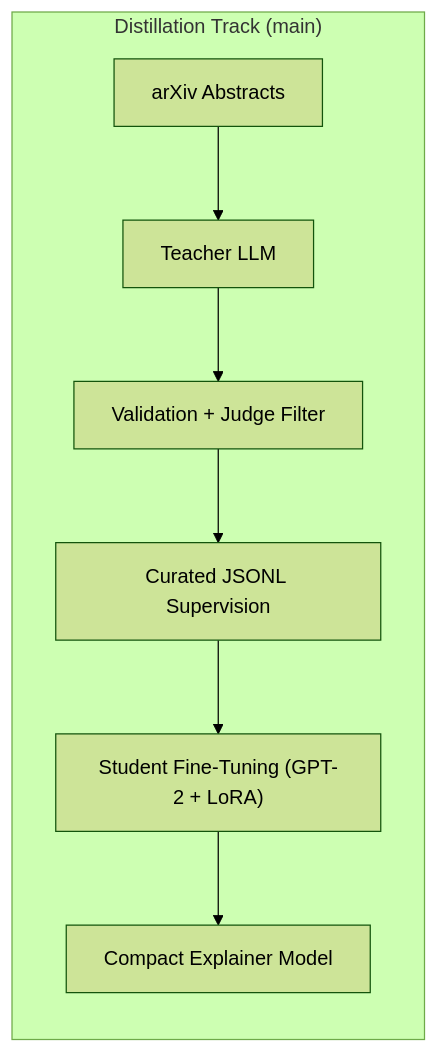
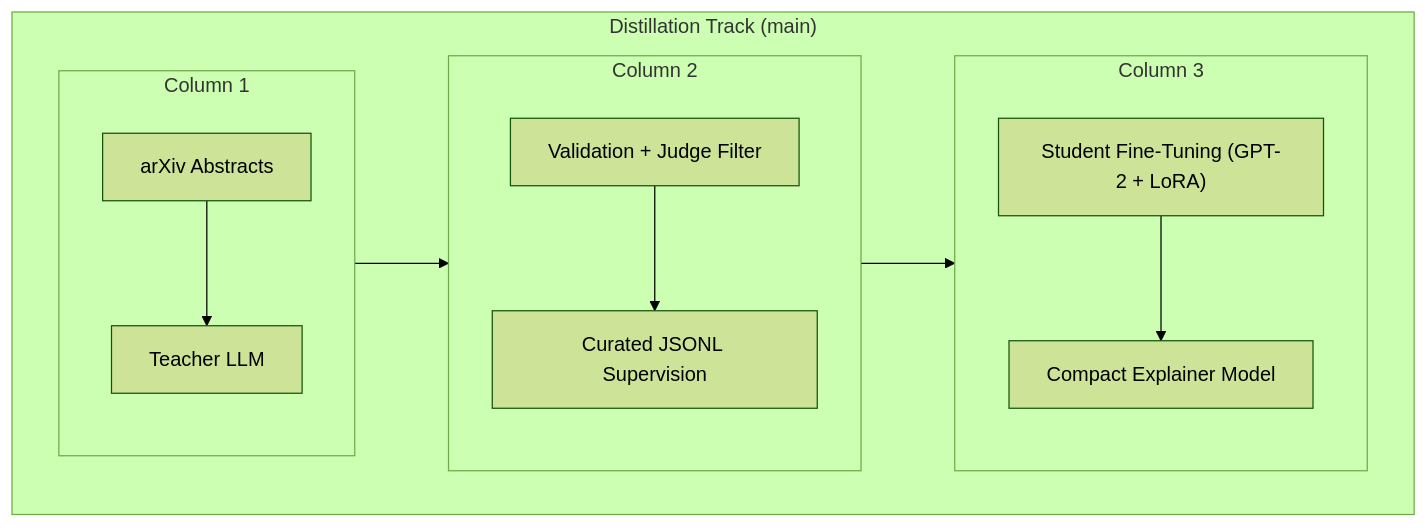
The first of 2 diagrams in README.md (daspushpita/MiniAstroGPT), drawn with Mermaid (forest theme) before and after one commit. The commit also changed other lines of this file, not shown here.

````diff
--- a/README.md
+++ b/README.md
@@ -81,10 +81,24 @@
 ```mermaid
 flowchart LR
   subgraph D["Distillation Track (main)"]
-    A["arXiv Abstracts"] --> B["Teacher LLM"]
-    B --> C["Validation + Judge Filter"]
-    C --> E["Curated JSONL Supervision"]
-    E --> F["Student Fine-Tuning (GPT-2 + LoRA)"]
-    F --> G["Compact Explainer Model"]
+    direction LR
+
+    subgraph D1["Column 1"]
+      direction TB
+      A["arXiv Abstracts"] --> B["Teacher LLM"]
+    end
+
+    subgraph D2["Column 2"]
+      direction TB
+      C["Validation + Judge Filter"] --> E["Curated JSONL Supervision"]
+    end
+
+    subgraph D3["Column 3"]
+      direction TB
+      F["Student Fine-Tuning (GPT-2 + LoRA)"] --> G["Compact Explainer Model"]
+    end
+
+    B --> C
+    E --> F
   end
 ```
````
